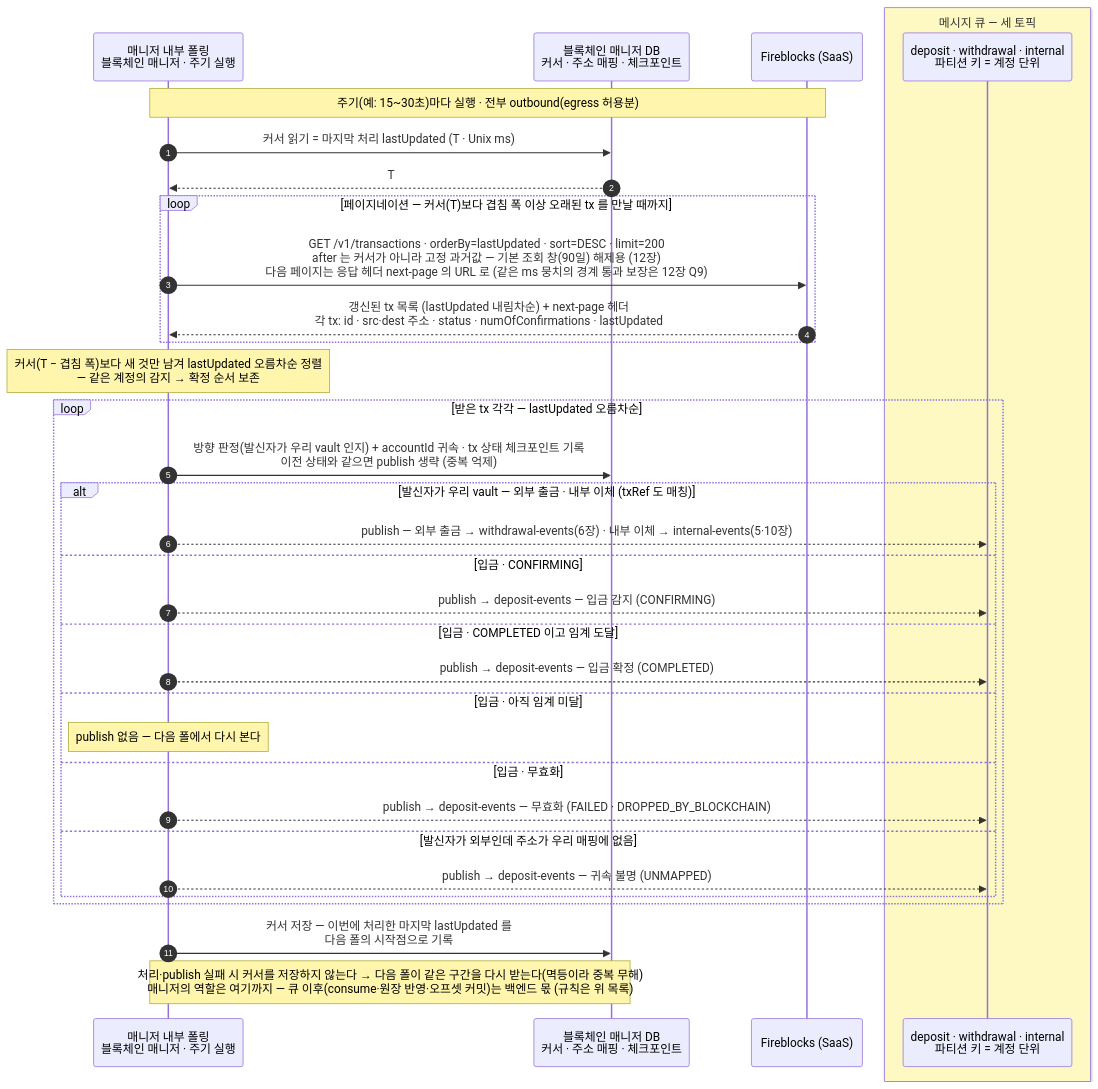
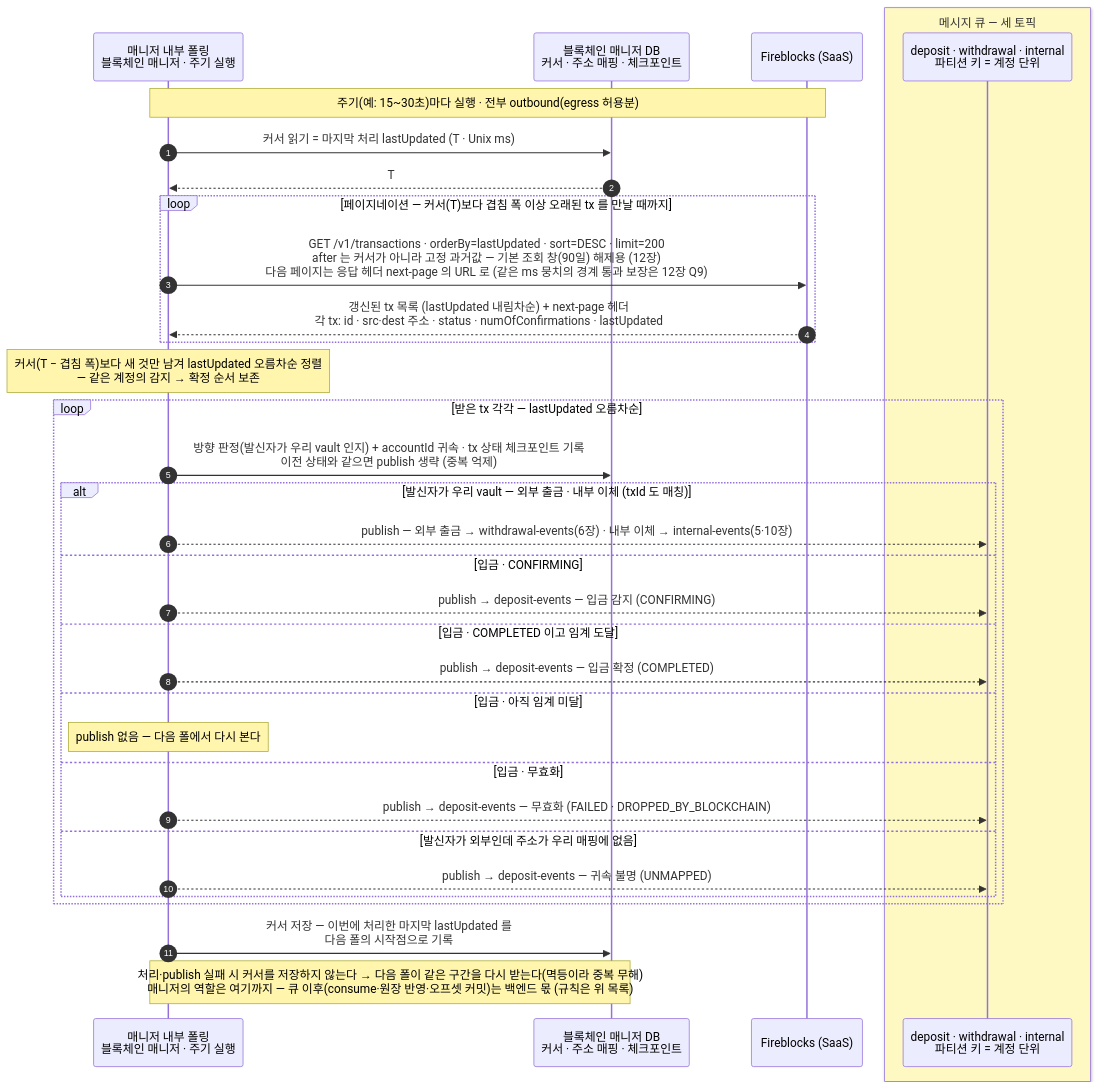
The first of 2 diagrams in blockchain-manager/docs/블록체인매니저/설계/04-detect-confirm.md (eunsujeo/eunpus), drawn with Mermaid before and after one commit. The commit also changed other lines of this file and 8 other files, not shown here.

````diff
--- a/blockchain-manager/docs/블록체인매니저/설계/04-detect-confirm.md
+++ b/blockchain-manager/docs/블록체인매니저/설계/04-detect-confirm.md
@@ -78,40 +78,40 @@
 ```mermaid
 sequenceDiagram
     autonumber
     participant SUB as 매니저 내부 폴링<br/>블록체인 매니저 · 주기 실행
     participant MDB as 블록체인 매니저 DB<br/>커서 · 주소 매핑 · 체크포인트
     participant FB as Fireblocks (SaaS)
     box rgb(254,249,195) 메시지 큐 — 세 토픽
     participant MQ as deposit · withdrawal · internal<br/>파티션 키 = 계정 단위
     end
 
     Note over SUB,FB: 주기(예: 15~30초)마다 실행 · 전부 outbound(egress 허용분)
     SUB->>MDB: 커서 읽기 = 마지막 처리 lastUpdated (T · Unix ms)
     MDB-->>SUB: T
 
     loop 페이지네이션 — 커서(T)보다 겹침 폭 이상 오래된 tx 를 만날 때까지
         SUB->>FB: GET /v1/transactions · orderBy=lastUpdated · sort=DESC · limit=200<br/>after 는 커서가 아니라 고정 과거값 — 기본 조회 창(90일) 해제용 (12장)<br/>다음 페이지는 응답 헤더 next-page 의 URL 로 (같은 ms 뭉치의 경계 통과 보장은 12장 Q9)
         FB-->>SUB: 갱신된 tx 목록 (lastUpdated 내림차순) + next-page 헤더<br/>각 tx: id · src·dest 주소 · status · numOfConfirmations · lastUpdated
     end
     Note over SUB: 커서(T − 겹침 폭)보다 새 것만 남겨 lastUpdated 오름차순 정렬<br/>— 같은 계정의 감지 → 확정 순서 보존
 
     loop 받은 tx 각각 — lastUpdated 오름차순
         SUB->>MDB: 방향 판정(발신자가 우리 vault 인지) + accountId 귀속 · tx 상태 체크포인트 기록<br/>이전 상태와 같으면 publish 생략 (중복 억제)
-        alt 발신자가 우리 vault — 외부 출금 · 내부 이체 (txRef 도 매칭)
+        alt 발신자가 우리 vault — 외부 출금 · 내부 이체 (txId 도 매칭)
             SUB-->>MQ: publish — 외부 출금 → withdrawal-events(6장) · 내부 이체 → internal-events(5·10장)
         else 입금 · CONFIRMING
             SUB-->>MQ: publish → deposit-events — 입금 감지 (CONFIRMING)
         else 입금 · COMPLETED 이고 임계 도달
             SUB-->>MQ: publish → deposit-events — 입금 확정 (COMPLETED)
         else 입금 · 아직 임계 미달
             Note over SUB: publish 없음 — 다음 폴에서 다시 본다
         else 입금 · 무효화
             SUB-->>MQ: publish → deposit-events — 무효화 (FAILED · DROPPED_BY_BLOCKCHAIN)
         else 발신자가 외부인데 주소가 우리 매핑에 없음
             SUB-->>MQ: publish → deposit-events — 귀속 불명 (UNMAPPED)
         end
     end
 
     SUB->>MDB: 커서 저장 — 이번에 처리한 마지막 lastUpdated 를<br/>다음 폴의 시작점으로 기록
     Note over SUB,MDB: 처리·publish 실패 시 커서를 저장하지 않는다 → 다음 폴이 같은 구간을 다시 받는다(멱등이라 중복 무해)<br/>매니저의 역할은 여기까지 — 큐 이후(consume·원장 반영·오프셋 커밋)는 백엔드 몫 (규칙은 위 목록)
 ```
````
